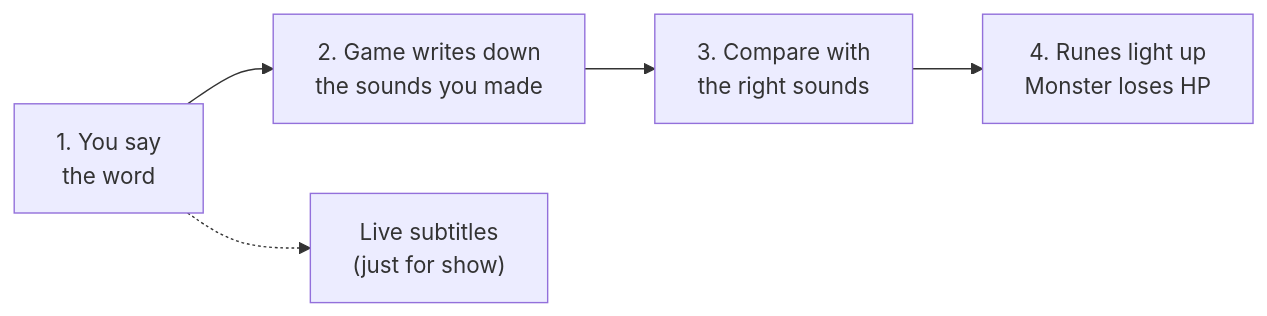
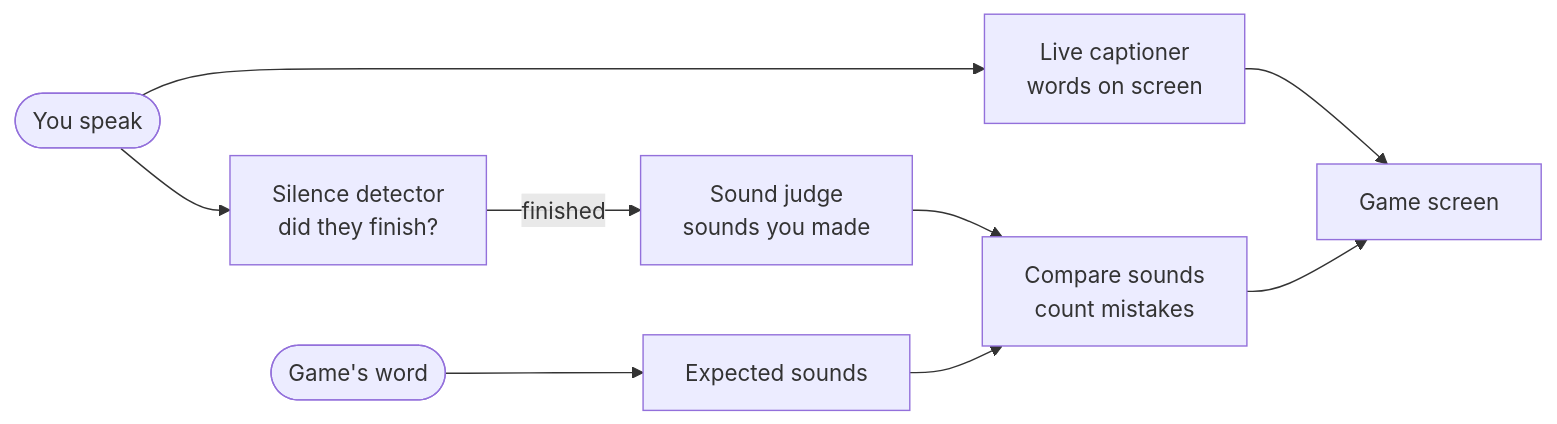
The first of 2 diagrams in README.md (ddrlve/SpellSpeak), drawn with Mermaid before and after one commit. The commit also changed other lines of this file, not shown here.

Commit message:
docs: restore data flow diagram and add box-by-box explanation

````diff
--- a/README.md
+++ b/README.md
@@ -56,7 +56,11 @@
 ```mermaid
 flowchart LR
-  A["1. You say<br/>the word"] --> B["2. Game writes down<br/>the sounds you made"]
-  B --> C["3. Compare with<br/>the right sounds"]
-  C --> D["4. Runes light up<br/>Monster loses HP"]
-  A -.-> L["Live subtitles<br/>(just for show)"]
+  You(["You speak"]) --> Cap["Live captioner<br/>words on screen"]
+  You --> Sil["Silence detector<br/>did they finish?"]
+  Sil -- "finished" --> Judge["Sound judge<br/>sounds you made"]
+  Word(["Game's word"]) --> Exp["Expected sounds"]
+  Judge --> Cmp["Compare sounds<br/>count mistakes"]
+  Exp --> Cmp
+  Cap --> Screen["Game screen"]
+  Cmp --> Screen
 ```
````
